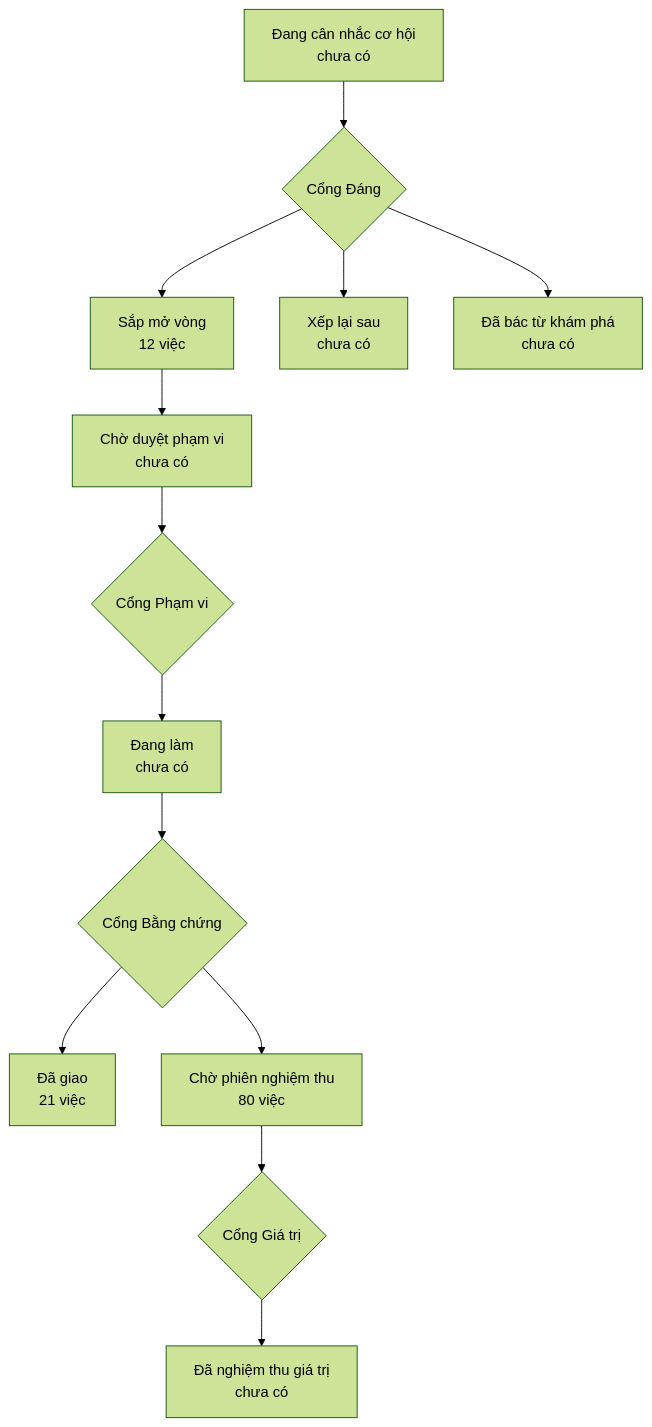
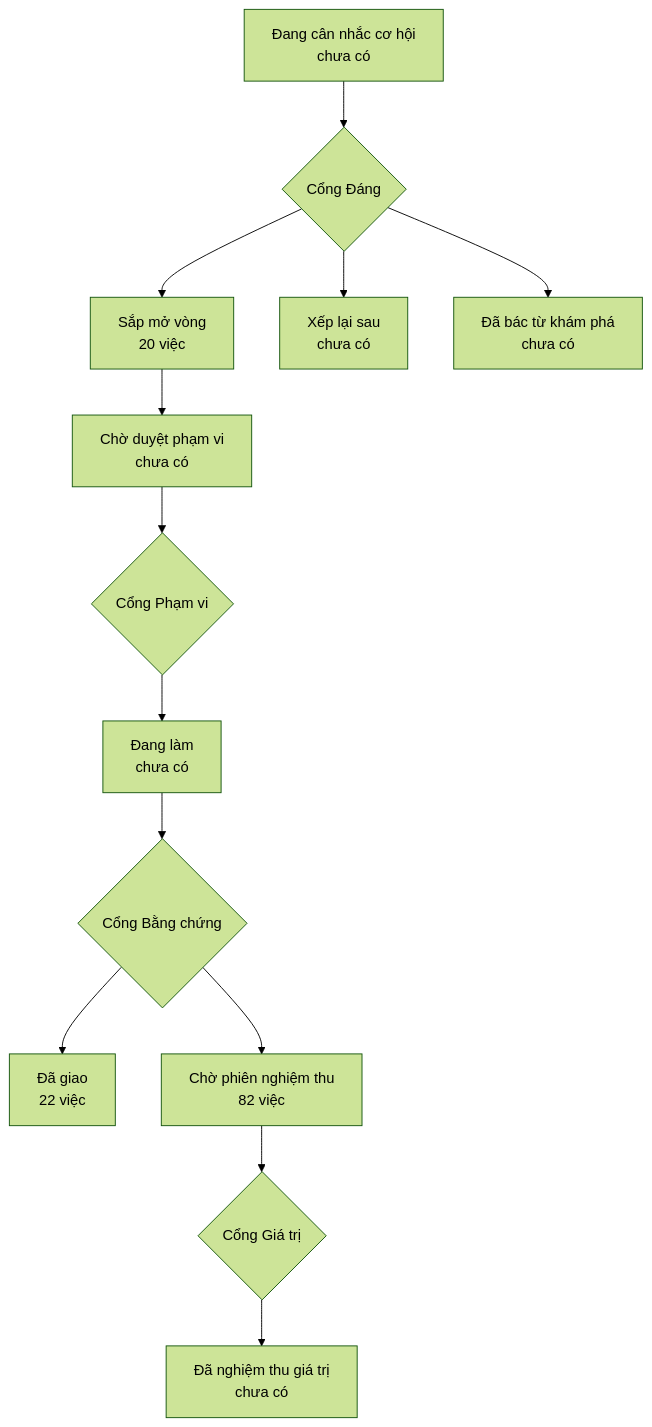
The diagram in PRODUCT-MAP.md (phanlemanh/onehub-quy-hang), drawn with Mermaid (forest theme) before and after one commit. The commit also changed other lines of this file and 1 other file, not shown here.

````diff
--- a/PRODUCT-MAP.md
+++ b/PRODUCT-MAP.md
@@ -7,12 +7,12 @@
 ```mermaid
 flowchart TD
   A["Đang cân nhắc cơ hội<br/>chưa có"] --> GD{"Cổng Đáng"}
-  GD --> B["Sắp mở vòng<br/>12 việc"]
+  GD --> B["Sắp mở vòng<br/>20 việc"]
   GD --> XL["Xếp lại sau<br/>chưa có"]
   GD --> DB["Đã bác từ khám phá<br/>chưa có"]
   B --> CD["Chờ duyệt phạm vi<br/>chưa có"] --> GP{"Cổng Phạm vi"}
   GP --> DL["Đang làm<br/>chưa có"] --> GB{"Cổng Bằng chứng"}
-  GB --> DG["Đã giao<br/>21 việc"]
-  GB --> CN["Chờ phiên nghiệm thu<br/>80 việc"] --> GG{"Cổng Giá trị"}
+  GB --> DG["Đã giao<br/>22 việc"]
+  GB --> CN["Chờ phiên nghiệm thu<br/>82 việc"] --> GG{"Cổng Giá trị"}
   GG --> NT["Đã nghiệm thu giá trị<br/>chưa có"]
 ```
````
